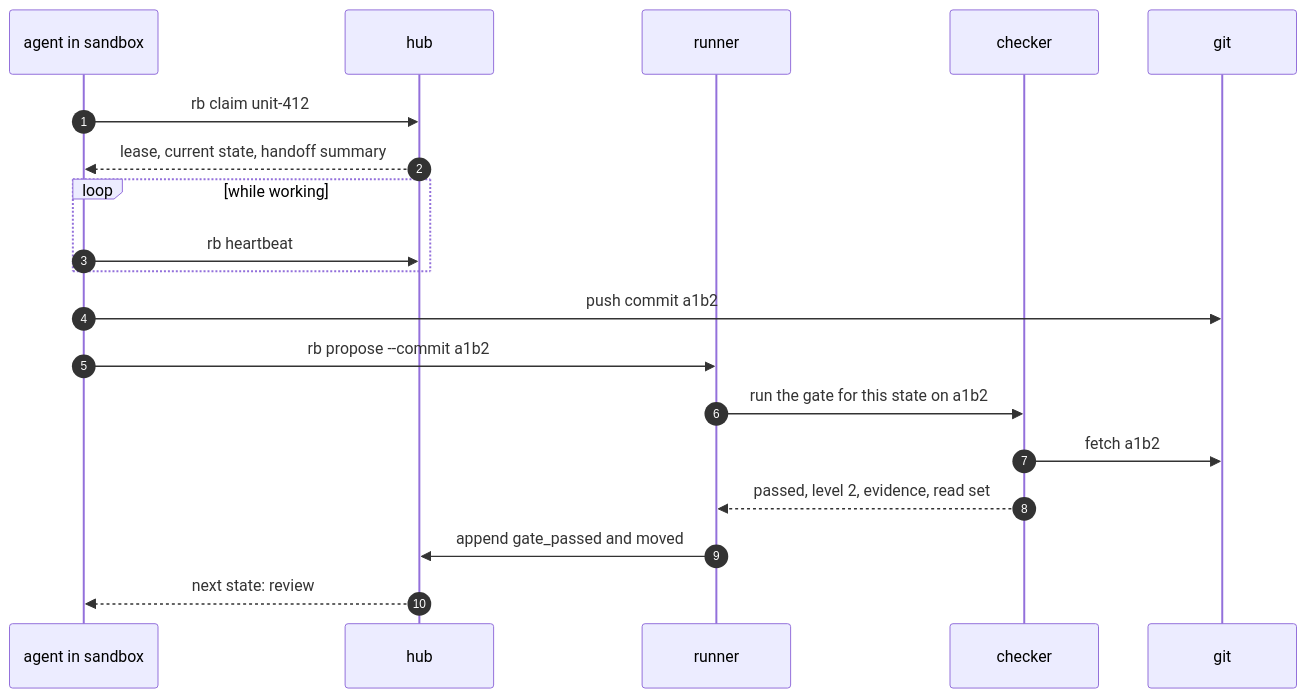
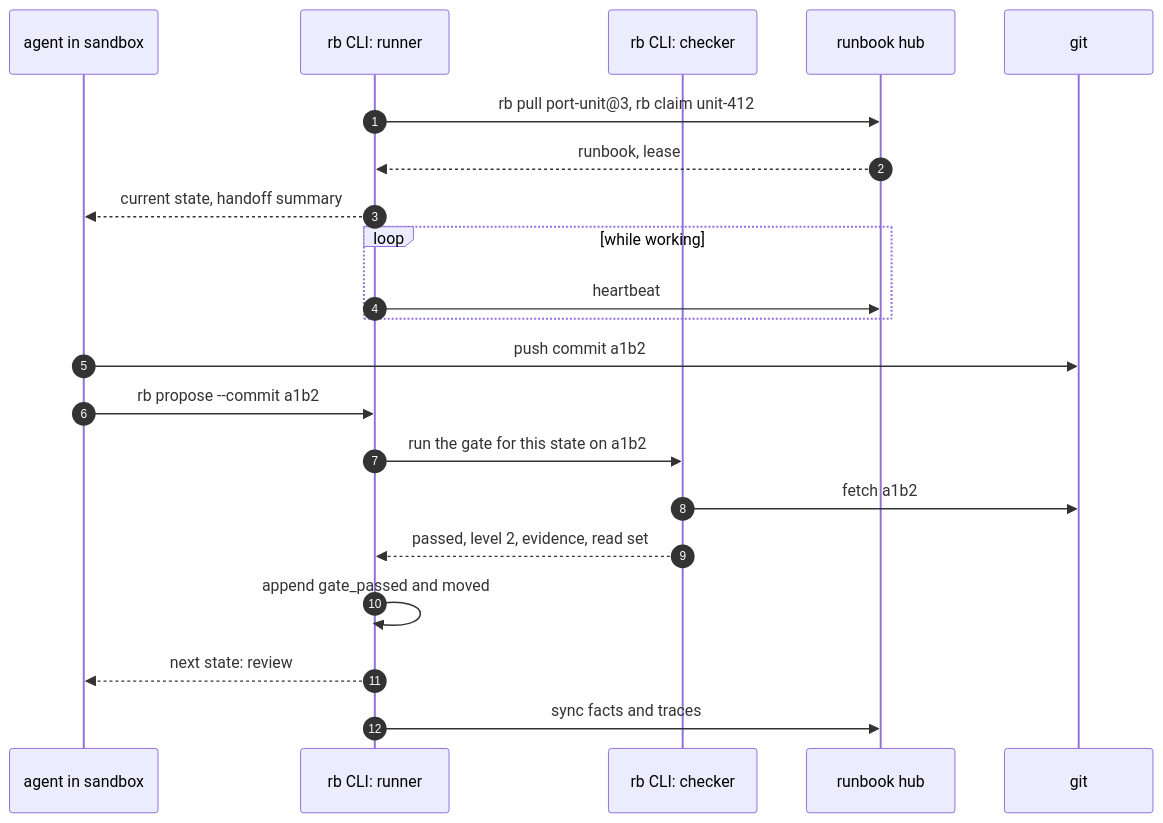
One commit to locchh/blogs changed the third of 3 diagrams in src/content/blog/what_can_we_do_with_state.md. Above: the diagram before and after it, drawn with Mermaid. The commit also changed other lines of this file, not shown here.

First line of the commit message:
docs(blog): split the state design into a cli and a runbook hub

````diff
--- a/src/content/blog/what_can_we_do_with_state.md
+++ b/src/content/blog/what_can_we_do_with_state.md
@@ -197,21 +198,23 @@
 ```mermaid
 sequenceDiagram
   autonumber
   participant A as agent in sandbox
-  participant H as hub
-  participant R as runner
-  participant C as checker
+  participant R as rb CLI: runner
+  participant C as rb CLI: checker
+  participant H as runbook hub
   participant G as git
-  A->>H: rb claim unit-412
-  H-->>A: lease, current state, handoff summary
+  R->>H: rb pull port-unit@3, rb claim unit-412
+  H-->>R: runbook, lease
+  R-->>A: current state, handoff summary
   loop while working
-    A->>H: rb heartbeat
+    R->>H: heartbeat
   end
   A->>G: push commit a1b2
   A->>R: rb propose --commit a1b2
   R->>C: run the gate for this state on a1b2
   C->>G: fetch a1b2
   C-->>R: passed, level 2, evidence, read set
-  R->>H: append gate_passed and moved
-  H-->>A: next state: review
+  R->>R: append gate_passed and moved
+  R-->>A: next state: review
+  R->>H: sync facts and traces
 ```
````
